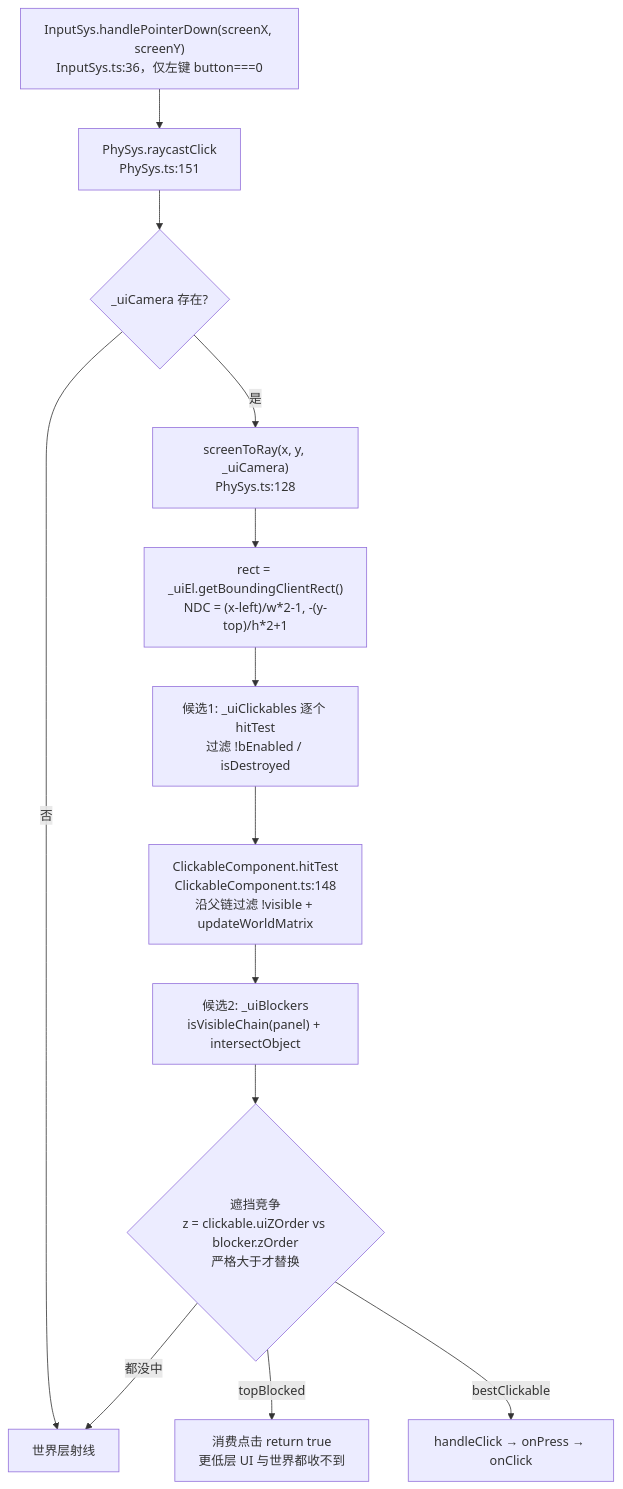
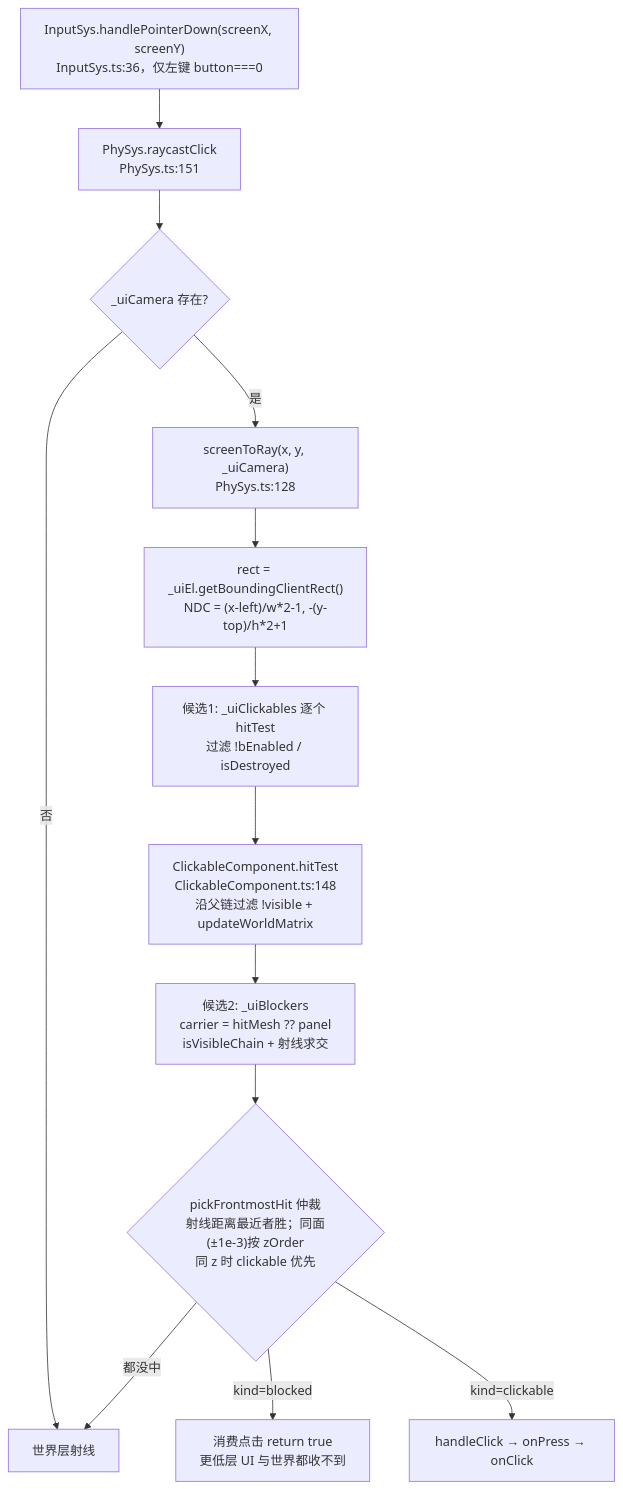
One commit to Kaplc/DemoStudio changed the second of 2 diagrams in doc/engine/ui_canvas_component.md. Above: the diagram before and after it, drawn with Mermaid. The commit also changed other lines of this file and 92 other files, not shown here.

````diff
--- a/doc/engine/ui_canvas_component.md
+++ b/doc/engine/ui_canvas_component.md
@@ -167,15 +167,15 @@
 ```mermaid
 flowchart TD
     A["InputSys.handlePointerDown(screenX, screenY)<br/>InputSys.ts:36，仅左键 button===0"] --> B["PhySys.raycastClick<br/>PhySys.ts:151"]
     B --> C{"_uiCamera 存在?"}
     C -->|否| W["世界层射线"]
     C -->|是| D["screenToRay(x, y, _uiCamera)<br/>PhySys.ts:128"]
     D --> D1["rect = _uiEl.getBoundingClientRect()<br/>NDC = (x-left)/w*2-1, -(y-top)/h*2+1"]
     D1 --> E["候选1: _uiClickables 逐个 hitTest<br/>过滤 !bEnabled / isDestroyed"]
     E --> E1["ClickableComponent.hitTest<br/>ClickableComponent.ts:148<br/>沿父链过滤 !visible + updateWorldMatrix"]
-    E1 --> F["候选2: _uiBlockers<br/>isVisibleChain(panel) + intersectObject"]
-    F --> G{"遮挡竞争<br/>z = clickable.uiZOrder vs blocker.zOrder<br/>严格大于才替换"}
-    G -->|"topBlocked"| H["消费点击 return true<br/>更低层 UI 与世界都收不到"]
-    G -->|"bestClickable"| I["handleClick → onPress → onClick"]
+    E1 --> F["候选2: _uiBlockers<br/>carrier = hitMesh ?? panel<br/>isVisibleChain + 射线求交"]
+    F --> G{"pickFrontmostHit 仲裁<br/>射线距离最近者胜；同面(±1e-3)按 zOrder<br/>同 z 时 clickable 优先"}
+    G -->|"kind=blocked"| H["消费点击 return true<br/>更低层 UI 与世界都收不到"]
+    G -->|"kind=clickable"| I["handleClick → onPress → onClick"]
     G -->|"都没中"| W
 ```
````
